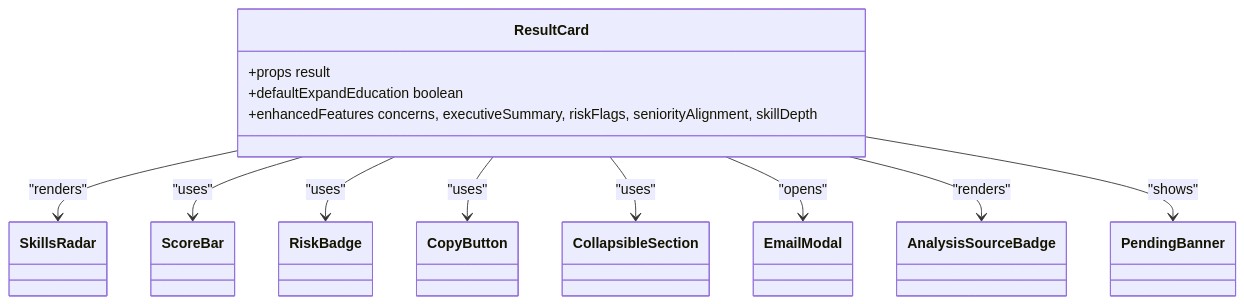
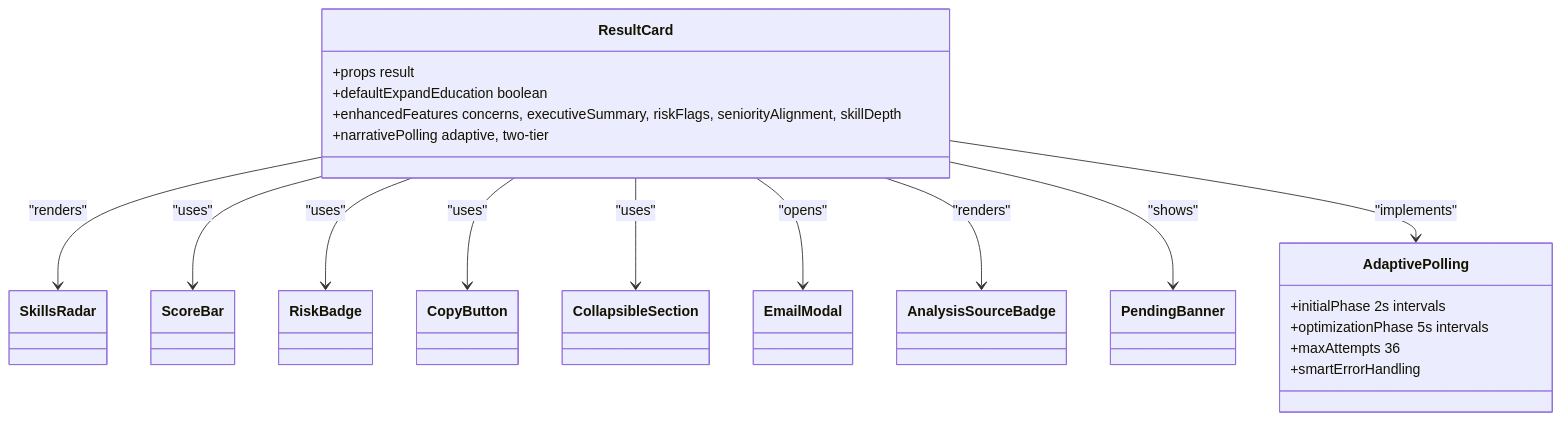
Before and after one commit to Revanththetalogics/aireume: the fourth of 5 diagrams in .qoder/repowiki/en/content/Frontend Architecture/Component Library.md, drawn with Mermaid. The commit also changed other lines of this file and 15 other files, not shown here.

````diff
--- a/.qoder/repowiki/en/content/Frontend Architecture/Component Library.md
+++ b/.qoder/repowiki/en/content/Frontend Architecture/Component Library.md
@@ -259,24 +272,32 @@
 ```mermaid
 classDiagram
 class ResultCard {
 +props result
 +defaultExpandEducation boolean
 +enhancedFeatures concerns, executiveSummary, riskFlags, seniorityAlignment, skillDepth
++narrativePolling adaptive, two-tier
 }
 class SkillsRadar
 class ScoreBar
 class RiskBadge
 class CopyButton
 class CollapsibleSection
 class EmailModal
 class AnalysisSourceBadge
 class PendingBanner
+class AdaptivePolling {
++initialPhase 2s intervals
++optimizationPhase 5s intervals
++maxAttempts 36
++smartErrorHandling
+}
 ResultCard --> SkillsRadar : "renders"
 ResultCard --> ScoreBar : "uses"
 ResultCard --> RiskBadge : "uses"
 ResultCard --> CopyButton : "uses"
 ResultCard --> CollapsibleSection : "uses"
 ResultCard --> EmailModal : "opens"
 ResultCard --> AnalysisSourceBadge : "renders"
 ResultCard --> PendingBanner : "shows"
+ResultCard --> AdaptivePolling : "implements"
 ```
````
